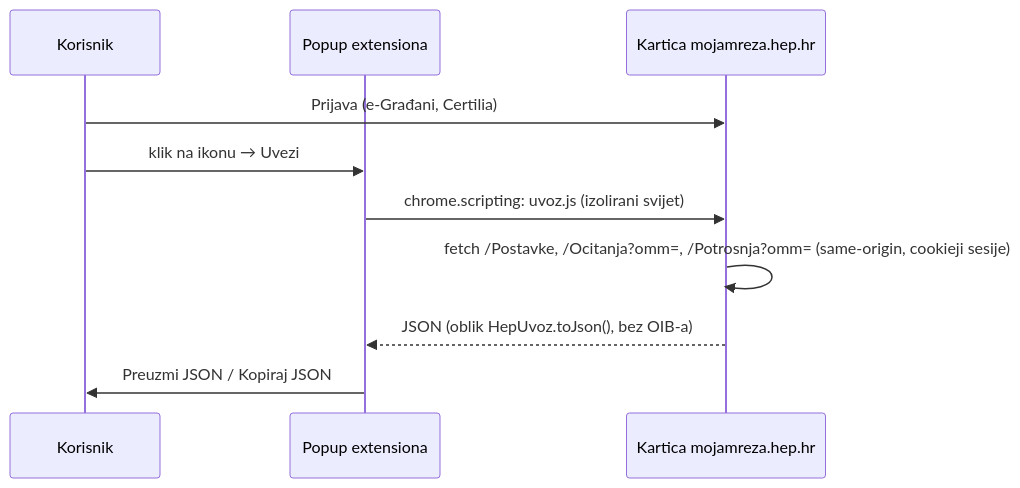
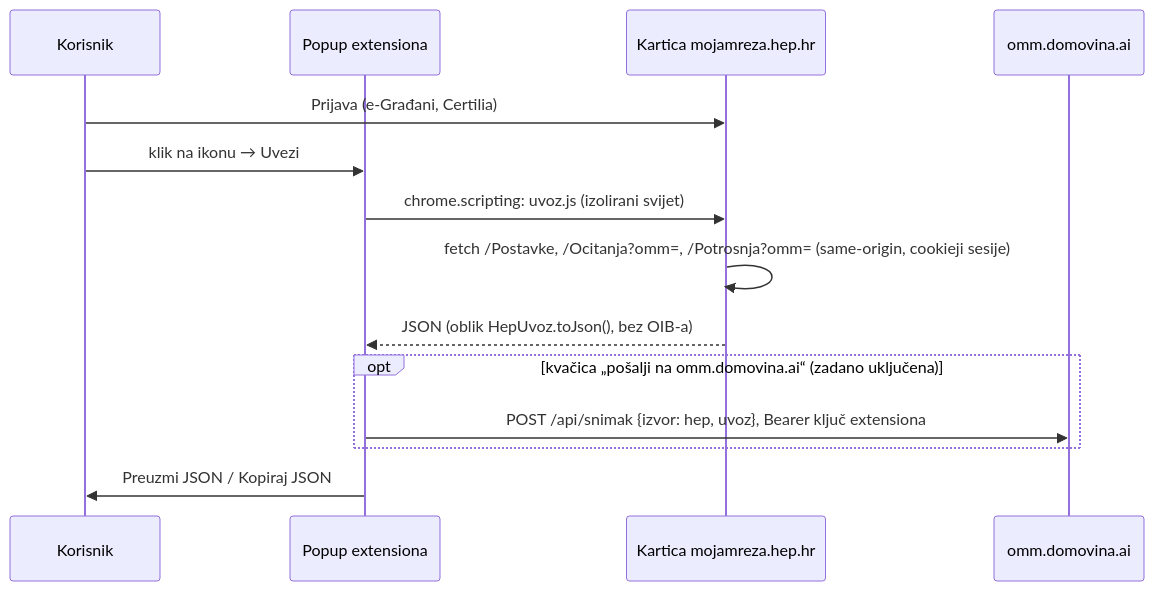
The diagram in docs/2026-10-05-desktop-extension.md (stepanic/flutter_moja_mreza), drawn with Mermaid before and after one commit. The commit also changed other lines of this file and 4 other files, not shown here.

First line of the commit message:
feat(extension): uvoz se nakon uvoza šalje na omm.domovina.ai

````diff
--- a/docs/2026-10-05-desktop-extension.md
+++ b/docs/2026-10-05-desktop-extension.md
@@ -23,12 +23,16 @@
 ```mermaid
 sequenceDiagram
     participant K as Korisnik
     participant P as Popup extensiona
     participant T as Kartica mojamreza.hep.hr
+    participant O as omm.domovina.ai
     K->>T: Prijava (e-Građani, Certilia)
     K->>P: klik na ikonu → Uvezi
     P->>T: chrome.scripting: uvoz.js (izolirani svijet)
     T->>T: fetch /Postavke, /Ocitanja?omm=, /Potrosnja?omm= (same-origin, cookieji sesije)
     T-->>P: JSON (oblik HepUvoz.toJson(), bez OIB-a)
+    opt kvačica „pošalji na omm.domovina.ai“ (zadano uključena)
+        P->>O: POST /api/snimak {izvor: hep, uvoz}, Bearer ključ extensiona
+    end
     P->>K: Preuzmi JSON / Kopiraj JSON
 ```
````
